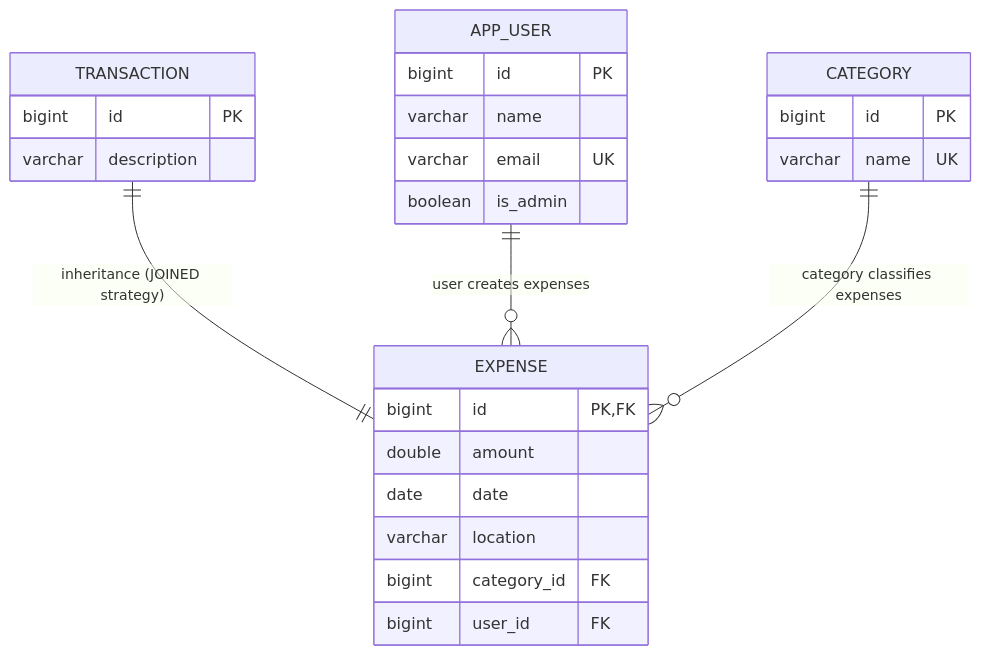
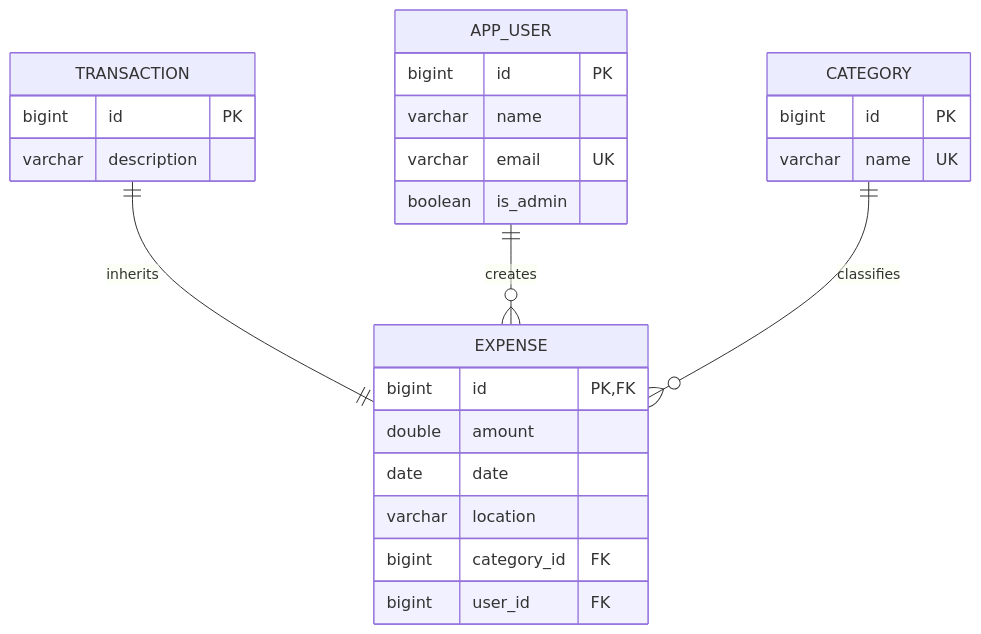
The second of 3 diagrams in README.md (VISHAL-Nk/ExpenseTracker-SpringBoot), drawn with Mermaid before and after one commit. The commit also changed other lines of this file, not shown here.

Commit message:
Initial commit: ExpenseTracker with admin privileges and category management

````diff
--- a/README.md
+++ b/README.md
@@ -183,32 +184,32 @@
 ```mermaid
 erDiagram
     TRANSACTION {
         bigint id PK
         varchar description
     }
     
     EXPENSE {
         bigint id PK,FK
         double amount
         date date
         varchar location
         bigint category_id FK
         bigint user_id FK
     }
     
     APP_USER {
         bigint id PK
         varchar name
         varchar email UK
         boolean is_admin
     }
     
     CATEGORY {
         bigint id PK
         varchar name UK
     }
     
-    TRANSACTION ||--|| EXPENSE : "inheritance (JOINED strategy)"
-    APP_USER ||--o{ EXPENSE : "user creates expenses"
-    CATEGORY ||--o{ EXPENSE : "category classifies expenses"
+    TRANSACTION ||--|| EXPENSE : inherits
+    APP_USER ||--o{ EXPENSE : creates
+    CATEGORY ||--o{ EXPENSE : classifies
 ```
````
